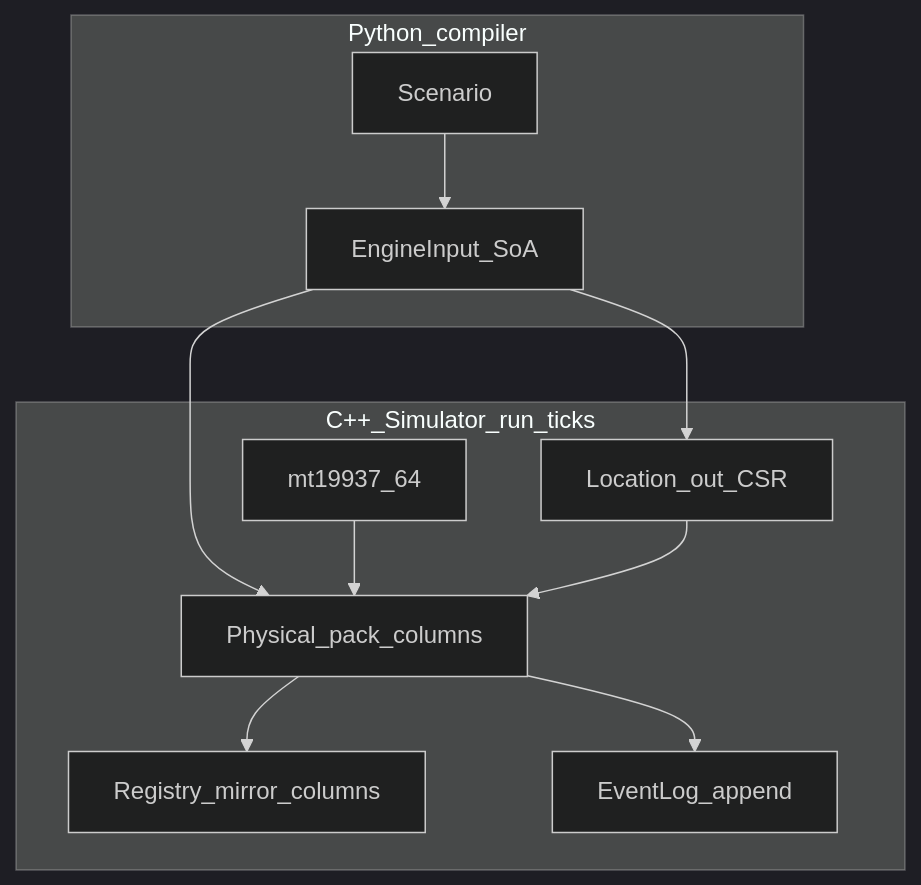
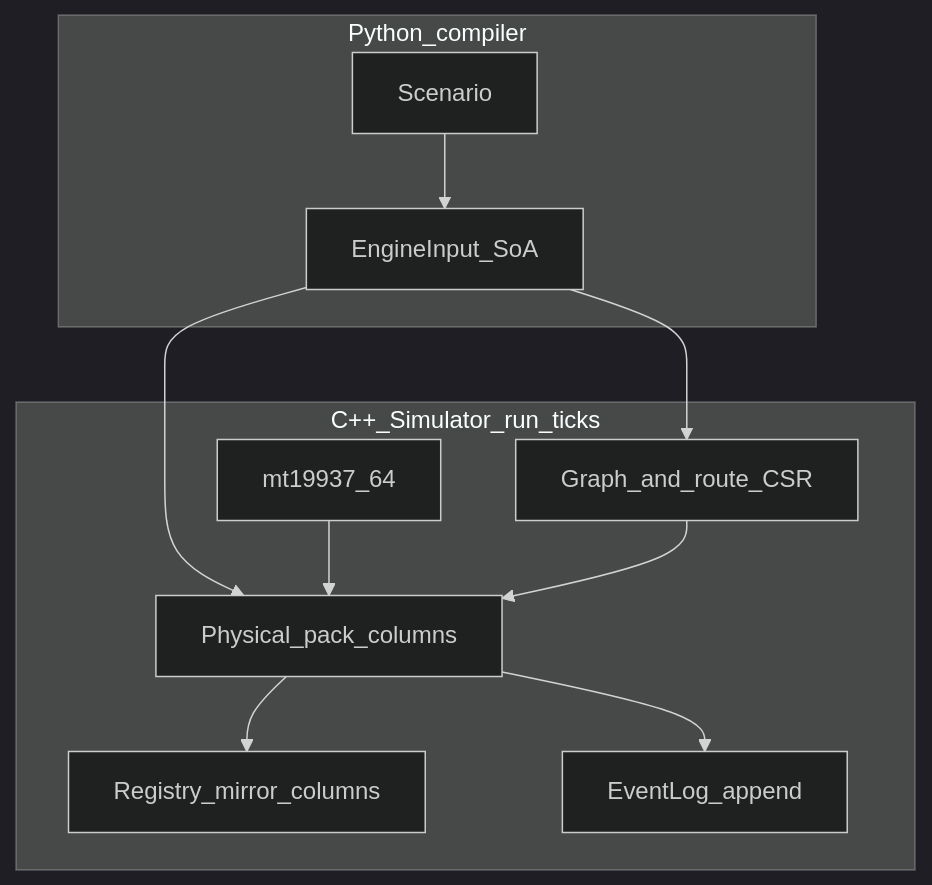
One commit to hawuxparrot/mvp_ABM_PharmaSim changed the diagram in README.md. Above: the diagram before and after it, drawn with Mermaid (dark theme). The commit also changed other lines of this file and 18 other files, not shown here.

Commit message:
new demand/supply policy IDs and parameters, penalty tied to new unfulfilled demand (backlog injection), edge capacity enforcement on shipping, producer-style pool activation, ABI/schema bump, bindings + tests, README refresh.

````diff
--- a/README.md
+++ b/README.md
@@ -31,21 +42,21 @@
 ```mermaid
 flowchart TB
   subgraph compile [Python_compiler]
     SC[Scenario]
     EI[EngineInput_SoA]
   end
   subgraph kernel [C++_Simulator_run_ticks]
     PHY[Physical_pack_columns]
     REG[Registry_mirror_columns]
-    CSR[Location_out_CSR]
+    CSR[Graph_and_route_CSR]
     RNG[mt19937_64]
     LOG[EventLog_append]
   end
   SC --> EI
   EI --> PHY
   EI --> CSR
   PHY --> REG
   RNG --> PHY
   CSR --> PHY
   PHY --> LOG
 ```
````
